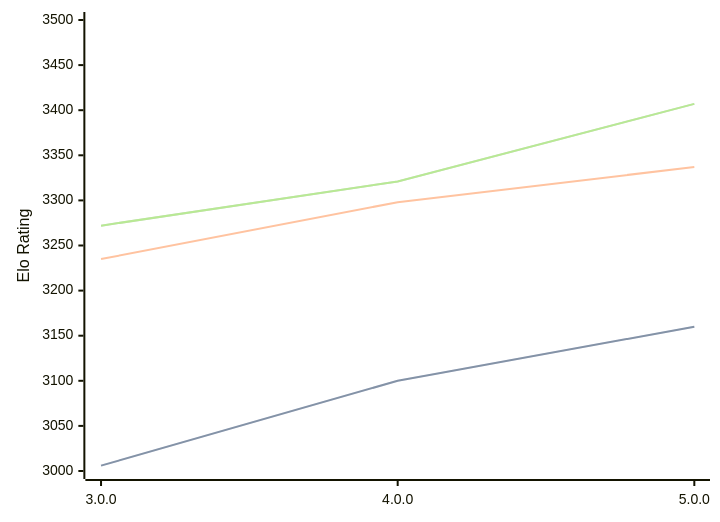
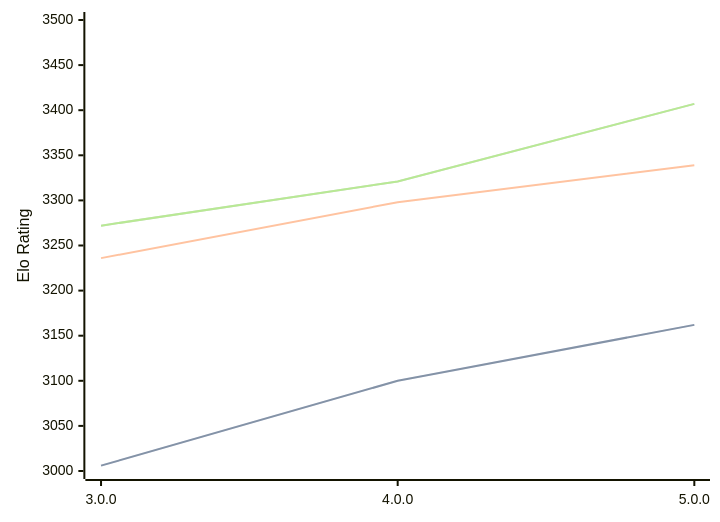
Before and after one commit to computer-chess-index/cci: the diagram in engines/Minke.md, drawn with Mermaid. The commit also changed other lines of this file, not shown here.

````diff
--- a/engines/Minke.md
+++ b/engines/Minke.md
@@ -35,11 +35,11 @@
 ```mermaid
 %%{init: {"theme":"base","themeVariables":{"seriesColors:['#a3a3a3','#222221','#faa371']}}}%%
 xychart-beta
   x-axis ["3.0.0", "4.0.0", "5.0.0"]
   y-axis "Elo Rating" 3000 --> 3500
-  line "STC (8.0+0.08s)" [3006, 3100, 3160]
-  line "STC (8.0+0.08s)" [3006, 3100, 3160]
-  line "LTC (60.0+0.60s)" [3235, 3298, 3337]
+  line "STC (8.0+0.08s)" [3006, 3100, 3162]
+  line "STC (8.0+0.08s)" [3006, 3100, 3162]
+  line "LTC (60.0+0.60s)" [3236, 3298, 3339]
   line "VLTC (2m24s+1.12s)" [3272, 3321, 3407]
   line "VLTC (2m24s+1.12s)" [3272, 3321, 3407]
 ```
````
